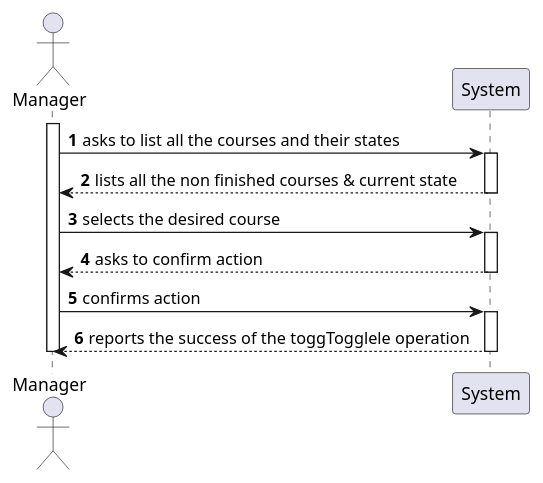
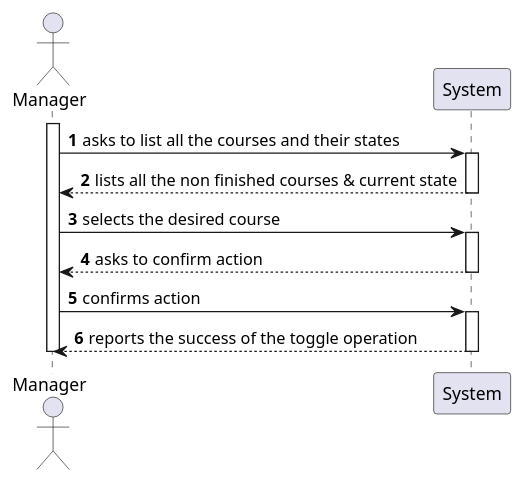
One commit to miseEnPlace-dev/lapr4 changed the diagram in docs/sprint-b/us09-1003/US1003_SSD.puml. Above: the diagram before and after it, drawn with PlantUML. The commit also changed 17 other files, not shown here.

```diff
--- a/docs/sprint-b/us09-1003/US1003_SSD.puml
+++ b/docs/sprint-b/us09-1003/US1003_SSD.puml
@@ -1,26 +1,26 @@
 @startuml US1003_SSD
 autonumber
 
 actor "Manager" as M
 participant "System" as SYS
 
 activate M
 
 M -> SYS : asks to list all the courses and their states
 activate SYS
 SYS --> M : lists all the non finished courses & current state
 deactivate SYS
 
 M -> SYS : selects the desired course
 activate SYS
 SYS --> M : asks to confirm action
 deactivate SYS
 
 M -> SYS : confirms action
 activate SYS
-SYS --> M : reports the success of the toggTogglele operation
+SYS --> M : reports the success of the toggle operation
 deactivate SYS
 
 deactivate M
 
 @enduml
```
